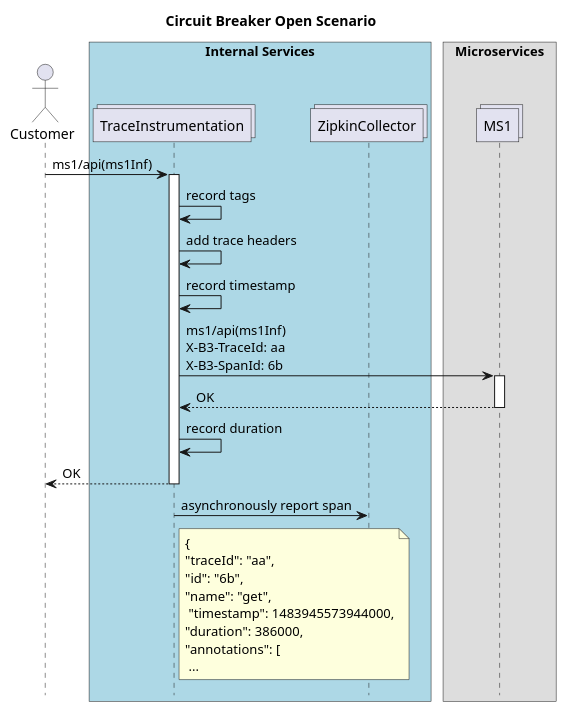
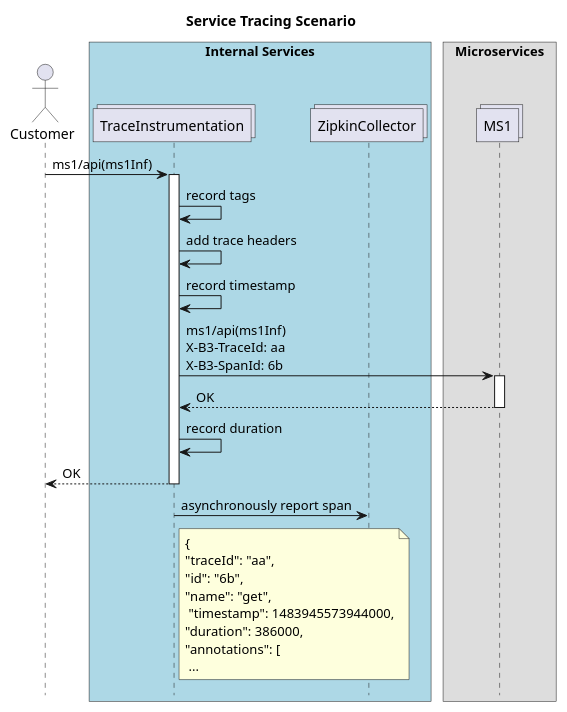
One commit to naimyurek/microblockthesis changed the diagram in 04 Service Tracing.wsd. Above: the diagram before and after it, drawn with PlantUML. The commit also changed 7 other files, not shown here.

```diff
--- a/04 Service Tracing.wsd
+++ b/04 Service Tracing.wsd
@@ -1,32 +1,32 @@
 @startuml CustomerRegistrationScenario
 !pragma teoz true
 
-title "Circuit Breaker Open Scenario"
+title "Service Tracing Scenario"
 
 hide footbox
 actor Customer
 
 
 box "Internal Services" #LightBlue
 collections TraceInstrumentation
 collections ZipkinCollector
 end box
 
 box "Microservices"
 collections MS1
 end box
 
 Customer -> TraceInstrumentation ++ : ms1/api(ms1Inf)
 TraceInstrumentation -> TraceInstrumentation : record tags
 TraceInstrumentation -> TraceInstrumentation : add trace headers
 TraceInstrumentation -> TraceInstrumentation : record timestamp
 TraceInstrumentation -> MS1 ++ : ms1/api(ms1Inf) \nX-B3-TraceId: aa \nX-B3-SpanId: 6b 
 return OK
 TraceInstrumentation -> TraceInstrumentation : record duration
 return OK
 TraceInstrumentation -> ZipkinCollector : asynchronously report span
 note right TraceInstrumentation: {\n"traceId": "aa", \n"id": "6b",\n"name": "get", \n "timestamp": 1483945573944000,\n"duration": 386000, \n"annotations": [  \n ...
 
 
 
 @enduml
```
